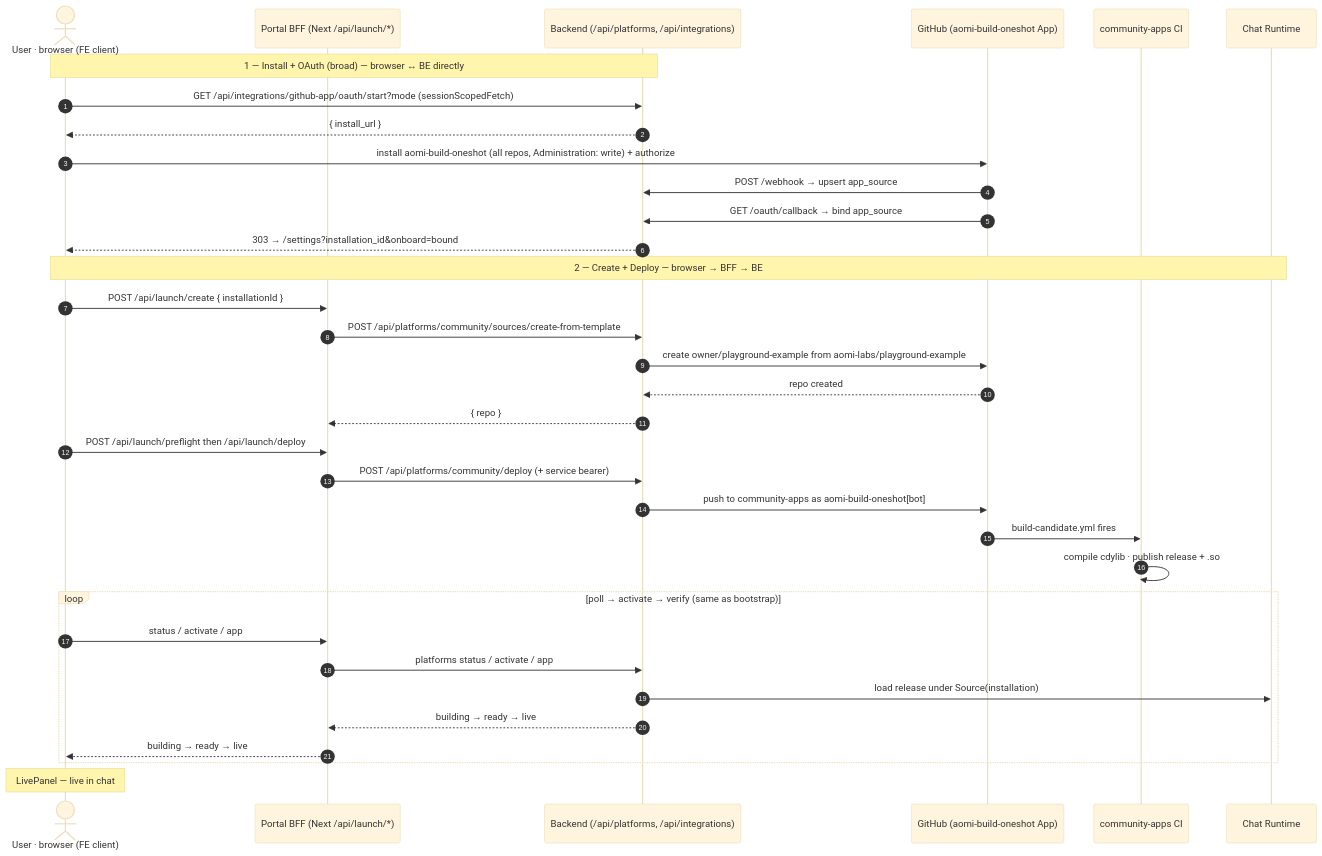
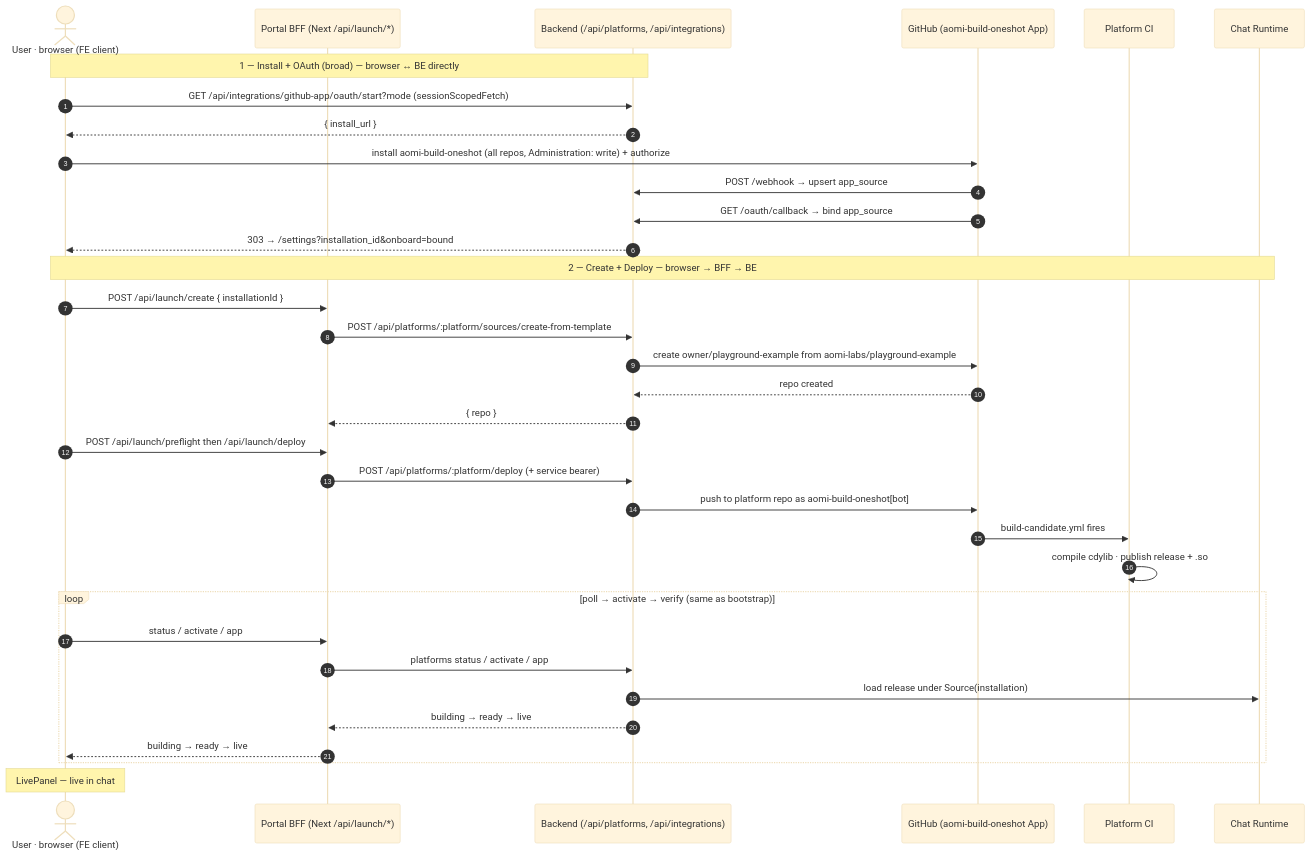
The third of 3 diagrams in docs/fe-deploy.md (aomi-labs/aomi-widget), drawn with Mermaid (base theme) before and after one commit. The commit also changed other lines of this file and 2 other files, not shown here.

````diff
--- a/docs/fe-deploy.md
+++ b/docs/fe-deploy.md
@@ -158,38 +158,38 @@
 ```mermaid
 sequenceDiagram
     autonumber
     actor U as User · browser (FE client)
     participant BFF as Portal BFF (Next /api/launch/*)
     participant BE as Backend (/api/platforms, /api/integrations)
     participant GH as GitHub (aomi-build-oneshot App)
-    participant CA as community-apps CI
+    participant CA as Platform CI
     participant RT as Chat Runtime
 
     Note over U,BE: 1 — Install + OAuth (broad) — browser ↔ BE directly
     U->>BE: GET /api/integrations/github-app/oauth/start?mode (sessionScopedFetch)
     BE-->>U: { install_url }
     U->>GH: install aomi-build-oneshot (all repos, Administration: write) + authorize
     GH->>BE: POST /webhook → upsert app_source
     GH->>BE: GET /oauth/callback → bind app_source
     BE-->>U: 303 → /settings?installation_id&onboard=bound
 
     Note over U,RT: 2 — Create + Deploy — browser → BFF → BE
     U->>BFF: POST /api/launch/create { installationId }
-    BFF->>BE: POST /api/platforms/community/sources/create-from-template
+    BFF->>BE: POST /api/platforms/:platform/sources/create-from-template
     BE->>GH: create owner/playground-example from aomi-labs/playground-example
     GH-->>BE: repo created
     BE-->>BFF: { repo }
     U->>BFF: POST /api/launch/preflight then /api/launch/deploy
-    BFF->>BE: POST /api/platforms/community/deploy (+ service bearer)
-    BE->>GH: push to community-apps as aomi-build-oneshot[bot]
+    BFF->>BE: POST /api/platforms/:platform/deploy (+ service bearer)
+    BE->>GH: push to platform repo as aomi-build-oneshot[bot]
     GH->>CA: build-candidate.yml fires
     CA->>CA: compile cdylib · publish release + .so
     loop poll → activate → verify (same as bootstrap)
         U->>BFF: status / activate / app
         BFF->>BE: platforms status / activate / app
         BE->>RT: load release under Source(installation)
         BE-->>BFF: building → ready → live
         BFF-->>U: building → ready → live
     end
     Note over U: LivePanel — live in chat
 ```
````
